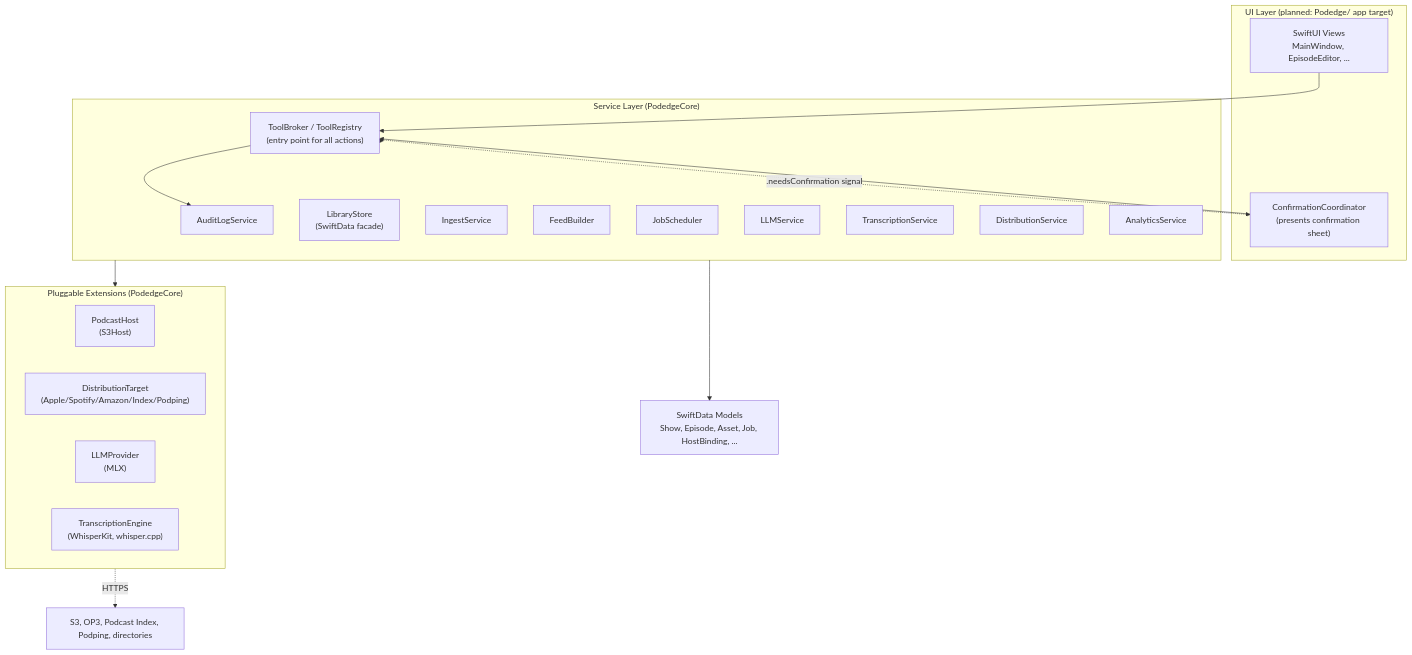
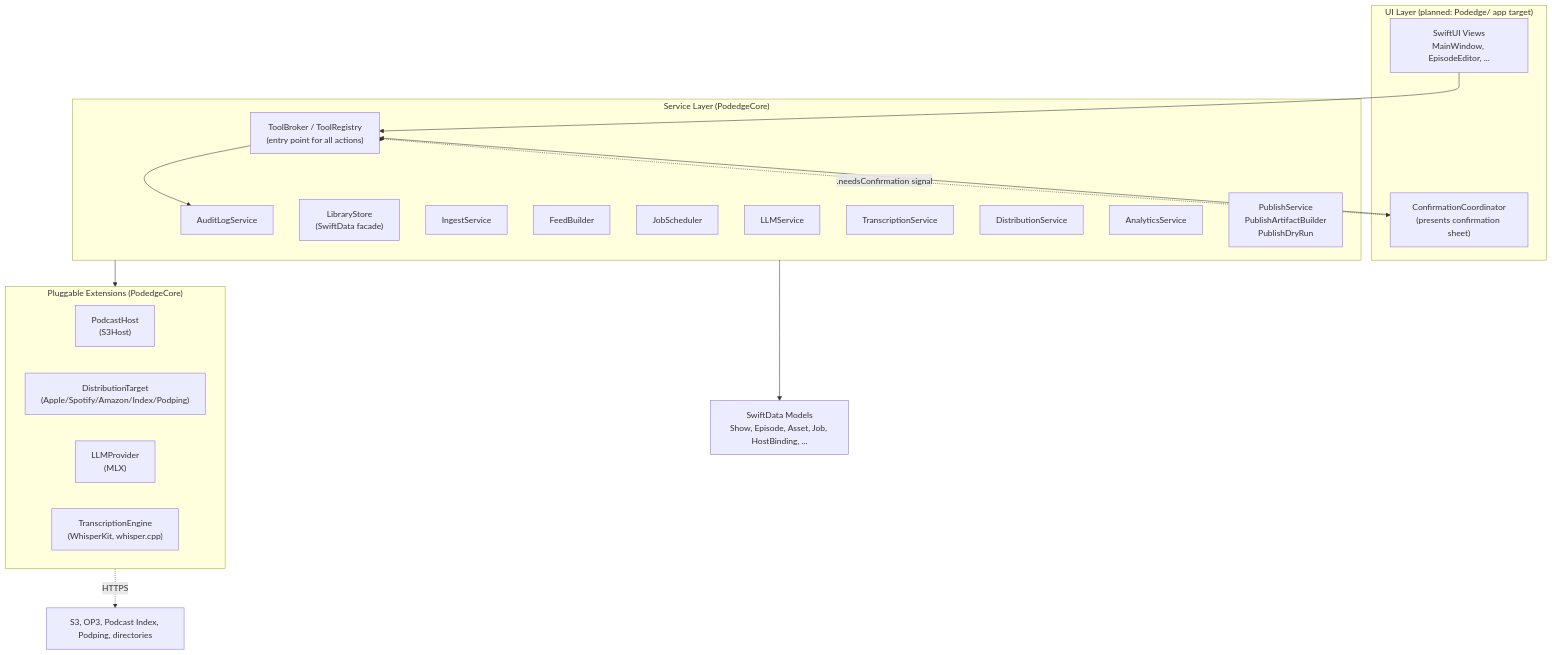
One commit to rjourdan/podedge changed the first of 2 diagrams in docs/dev/mental-model.md. Above: the diagram before and after it, drawn with Mermaid. The commit also changed other lines of this file and 8 other files, not shown here.

````diff
--- a/docs/dev/mental-model.md
+++ b/docs/dev/mental-model.md
@@ -28,35 +29,36 @@
 ```mermaid
 flowchart TB
     subgraph UI["UI Layer (planned: Podedge/ app target)"]
         Views["SwiftUI Views<br/>MainWindow, EpisodeEditor, ..."]
         Confirm["ConfirmationCoordinator<br/>(presents confirmation sheet)"]
     end
     subgraph Services["Service Layer (PodedgeCore)"]
         Broker["ToolBroker / ToolRegistry<br/>(entry point for all actions)"]
         Audit["AuditLogService"]
         Library["LibraryStore<br/>(SwiftData facade)"]
         Ingest["IngestService"]
         Feed["FeedBuilder"]
         Jobs["JobScheduler"]
         LLM["LLMService"]
         Trans["TranscriptionService"]
         Dist["DistributionService"]
         Anal["AnalyticsService"]
+        Publish["PublishService<br/>PublishArtifactBuilder<br/>PublishDryRun"]
     end
     subgraph Ext["Pluggable Extensions (PodedgeCore)"]
         Hosts["PodcastHost<br/>(S3Host)"]
         Targets["DistributionTarget<br/>(Apple/Spotify/Amazon/Index/Podping)"]
         LLMs["LLMProvider<br/>(MLX)"]
         Engines["TranscriptionEngine<br/>(WhisperKit, whisper.cpp)"]
     end
     Models["SwiftData Models<br/>Show, Episode, Asset, Job, HostBinding, ..."]
 
     Views --> Broker
     Broker -. ".needsConfirmation signal" .-> Confirm
     Confirm --> Broker
     Broker --> Audit
     Broker --> Services
     Services --> Models
     Services --> Ext
     Ext -.->|HTTPS| World["S3, OP3, Podcast Index, Podping, directories"]
 ```
````
